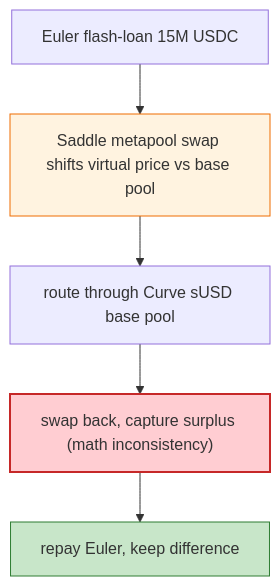
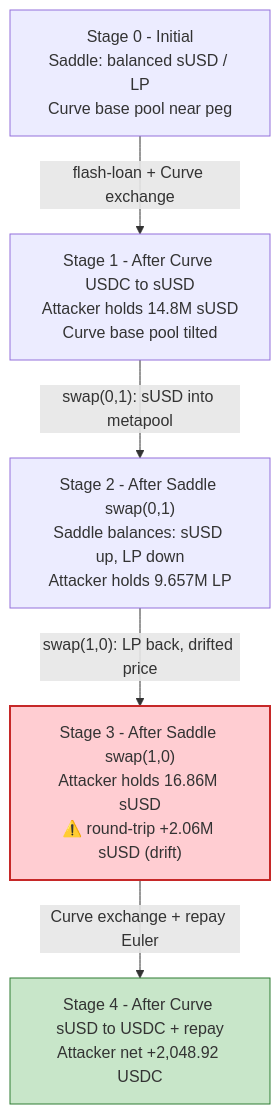
One commit to sanbir/evm-hack-registry changed the second of 4 diagrams in 2022-04-Saddle_exp/Saddle_exp.md. Above: the diagram before and after it, drawn with Mermaid. The commit also changed other lines of this file and 52 other files, not shown here.

````diff
--- a/2022-04-Saddle_exp/Saddle_exp.md
+++ b/2022-04-Saddle_exp/Saddle_exp.md
@@ -56,11 +304,16 @@
 ```mermaid
 flowchart TD
-    FL["Euler flash-loan 15M USDC"] --> S1["Saddle metapool swap shifts virtual price vs base pool"]
-    S1 --> CRV["route through Curve sUSD base pool"]
-    CRV --> S2["swap back, capture surplus (math inconsistency)"]
-    S2 --> RP["repay Euler, keep difference"]
+    S0["Stage 0 - Initial<br/>Saddle: balanced sUSD / LP<br/>Curve base pool near peg"]
+    S1["Stage 1 - After Curve USDC to sUSD<br/>Attacker holds 14.8M sUSD<br/>Curve base pool tilted"]
+    S2["Stage 2 - After Saddle swap(0,1)<br/>Saddle balances: sUSD up, LP down<br/>Attacker holds 9.657M LP"]
+    S3["Stage 3 - After Saddle swap(1,0)<br/>Attacker holds 16.86M sUSD<br/>⚠️ round-trip +2.06M sUSD (drift)"]
+    S4["Stage 4 - After Curve sUSD to USDC + repay<br/>Attacker net +2,048.92 USDC"]
 
-    style S1 fill:#fff3e0,stroke:#ef6c00
-    style S2 fill:#ffcdd2,stroke:#c62828,stroke-width:2px
-    style RP fill:#c8e6c9,stroke:#2e7d32
+    S0 -->|"flash-loan + Curve exchange"| S1
+    S1 -->|"swap(0,1): sUSD into metapool"| S2
+    S2 -->|"swap(1,0): LP back, drifted price"| S3
+    S3 -->|"Curve exchange + repay Euler"| S4
+
+    style S3 fill:#ffcdd2,stroke:#c62828,stroke-width:2px
+    style S4 fill:#c8e6c9,stroke:#2e7d32
 ```
````
